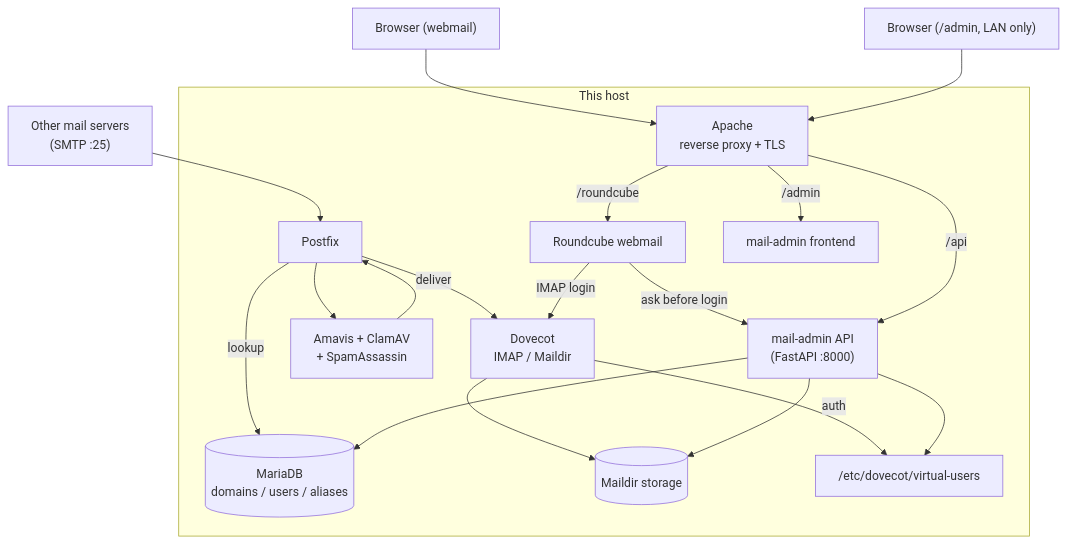
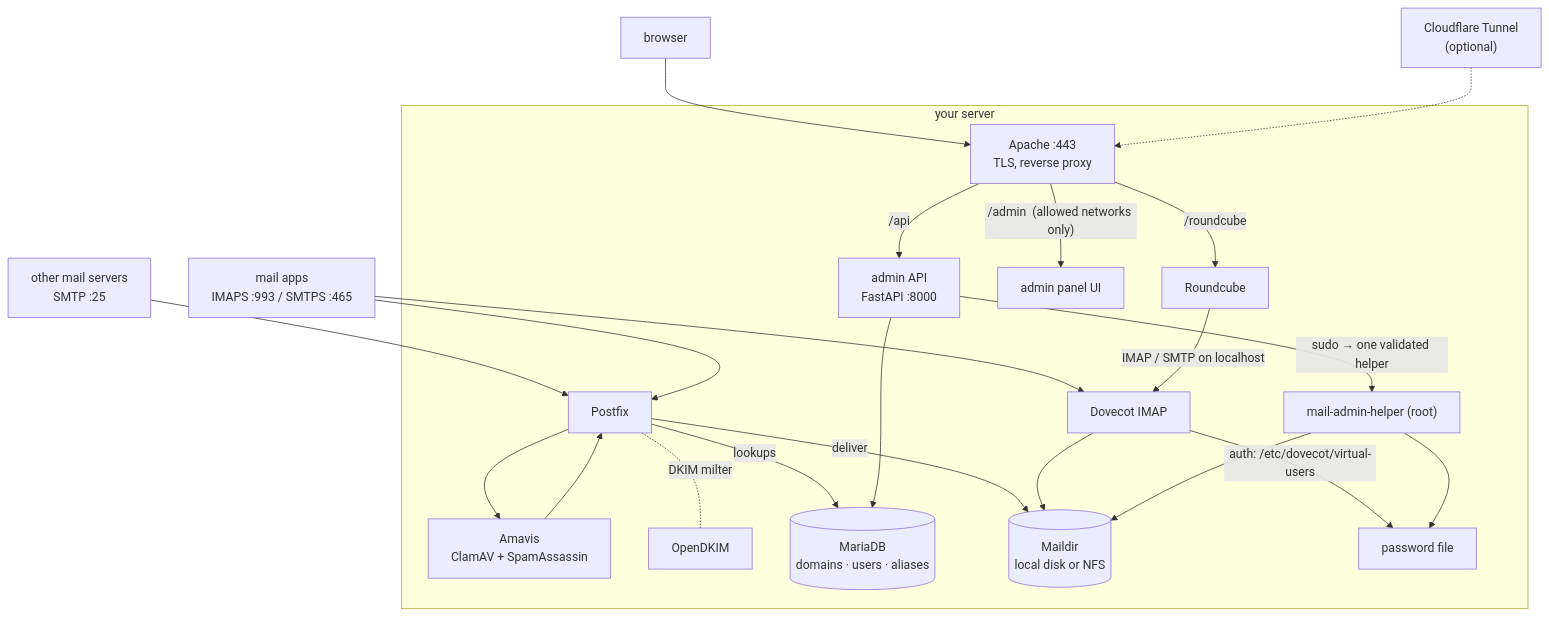
The diagram in README.md (jundazhu2007/roundcube-mail-admin), drawn with Mermaid before and after one commit. The commit also changed other lines of this file and 6 other files, not shown here.

````diff
--- a/README.md
+++ b/README.md
@@ -16,34 +88,25 @@
 ```mermaid
 flowchart TB
-    MTA["Other mail servers<br/>(SMTP :25)"] --> Postfix
-    WebUser["Browser (webmail)"] --> Apache
-    Admin["Browser (/admin, LAN only)"] --> Apache
+    MTA["other mail servers<br/>SMTP :25"] --> Postfix
+    Phone["mail apps<br/>IMAPS :993 / SMTPS :465"] --> Dovecot & Postfix
+    Browser["browser"] --> Apache
+    CF["Cloudflare Tunnel<br/>(optional)"] -.-> Apache
 
-    subgraph host["This host"]
-        Apache["Apache<br/>reverse proxy + TLS"]
-        Postfix["Postfix"]
-        Dovecot["Dovecot<br/>IMAP / Maildir"]
-        Amavis["Amavis + ClamAV<br/>+ SpamAssassin"]
-        Roundcube["Roundcube webmail"]
-        API["mail-admin API<br/>(FastAPI :8000)"]
-        Frontend["mail-admin frontend"]
-        DB[("MariaDB<br/>domains / users / aliases")]
-        Maildir[("Maildir storage")]
-        VUsers["/etc/dovecot/virtual-users"]
+    subgraph host["your server"]
+        Apache["Apache :443<br/>TLS, reverse proxy"]
+        Postfix["Postfix"] --> Amavis["Amavis<br/>ClamAV + SpamAssassin"] --> Postfix
+        Postfix -. "DKIM milter" .- DKIM["OpenDKIM"]
+        Postfix -->|lookups| DB[("MariaDB<br/>domains · users · aliases")]
+        Postfix -->|deliver| Maildir[("Maildir<br/>local disk or NFS")]
+        Dovecot["Dovecot IMAP"] --> Maildir
+        Dovecot -->|"auth: /etc/dovecot/virtual-users"| VU["password file"]
+        Roundcube["Roundcube"] -->|IMAP / SMTP on localhost| Dovecot
+        Apache -->|/roundcube| Roundcube
+        Apache -->|"/admin  (allowed networks only)"| UI["admin panel UI"]
+        Apache -->|"/api"| API["admin API<br/>FastAPI :8000"]
+        API --> DB
+        API -->|"sudo → one validated helper"| Helper["mail-admin-helper (root)"]
+        Helper --> Maildir
+        Helper --> VU
     end
-
-    Postfix --> Amavis --> Postfix
-    Postfix -->|lookup| DB
-    Postfix -->|deliver| Dovecot --> Maildir
-    Dovecot -->|auth| VUsers
-
-    Apache -->|/roundcube| Roundcube
-    Roundcube -->|IMAP login| Dovecot
-    Roundcube -->|"ask before login"| API
-
-    Apache -->|/admin| Frontend
-    Apache -->|/api| API
-    API --> DB
-    API --> Maildir
-    API --> VUsers
 ```
````
